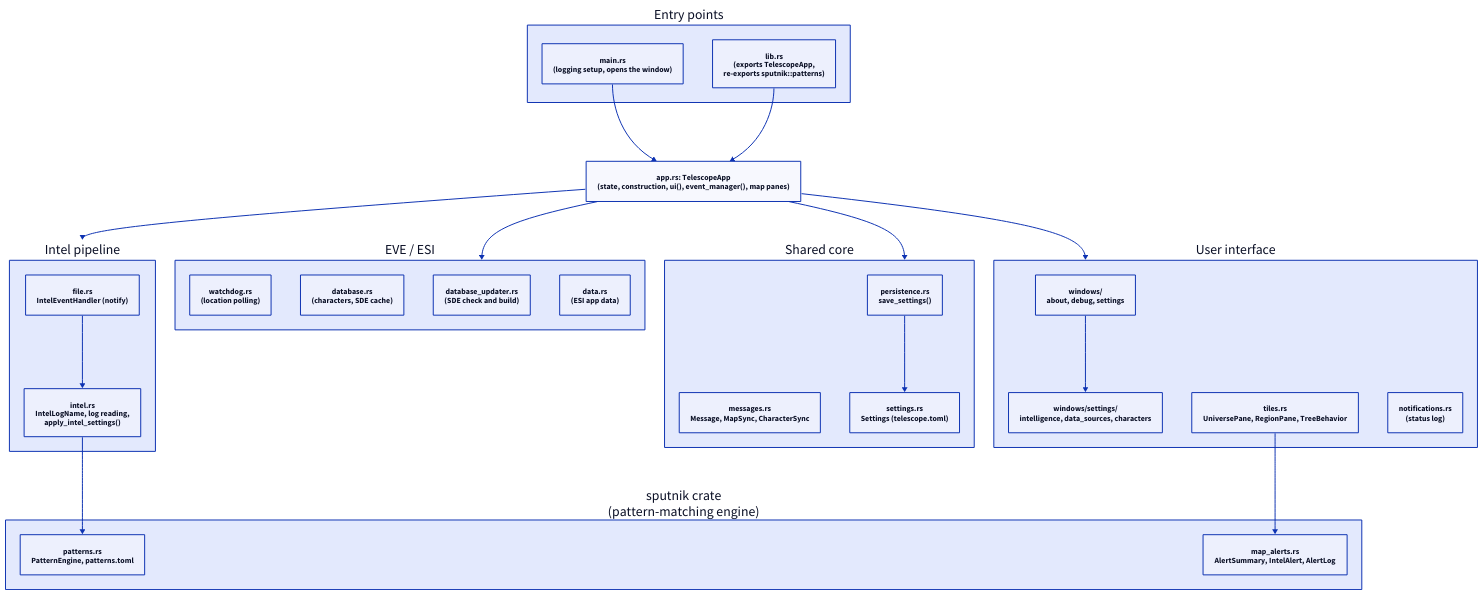
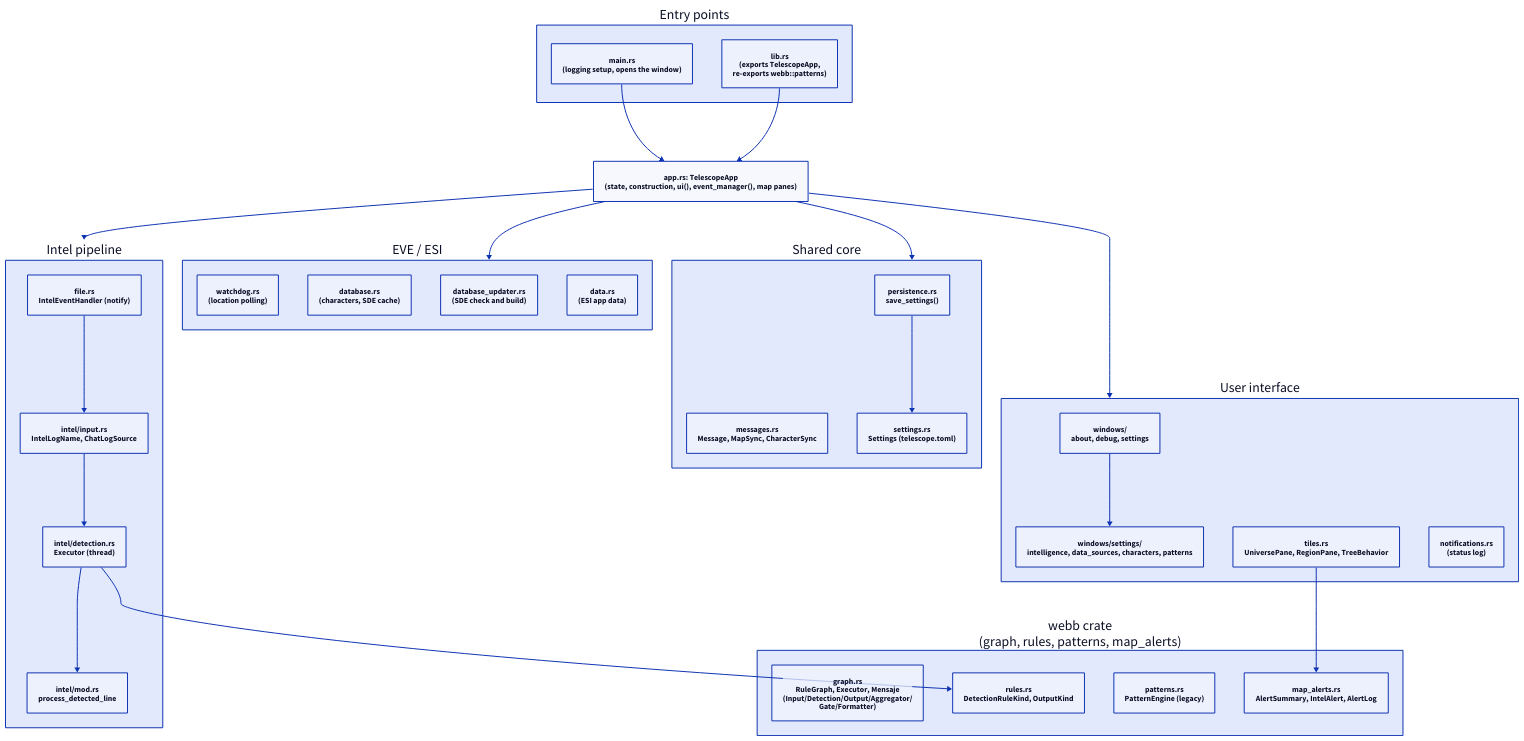
Before and after one commit to rafaga/telescope: the diagram in docs/architecture/modules.d2, drawn with D2. The commit also changed 116 other files, not shown here.

First line of the commit message:
Rules graph engine, threaded intel pipeline, redesigned Settings, encrypted player DB and tests (#7)

```diff
--- a/docs/architecture/modules.d2
+++ b/docs/architecture/modules.d2
@@ -1,50 +1,56 @@
 direction: down
 
 entry: "Entry points" {
   main: "main.rs\n(logging setup, opens the window)"
-  lib: "lib.rs\n(exports TelescopeApp,\nre-exports sputnik::patterns)"
+  lib: "lib.rs\n(exports TelescopeApp,\nre-exports webb::patterns)"
 }
 
 app: "app.rs: TelescopeApp\n(state, construction, ui(), event_manager(), map panes)"
 
 ui: "User interface" {
   windows: "windows/\nabout, debug, settings"
-  pages: "windows/settings/\nintelligence, data_sources, characters"
+  pages: "windows/settings/\nintelligence, data_sources, characters, patterns"
   tiles: "tiles.rs\nUniversePane, RegionPane, TreeBehavior"
   notifications: "notifications.rs\n(status log)"
   windows -> pages
 }
 
 intel: "Intel pipeline" {
   file: "file.rs\nIntelEventHandler (notify)"
-  reader: "intel.rs\nIntelLogName, log reading,\napply_intel_settings()"
-  file -> reader
+  input: "intel/input.rs\nIntelLogName, ChatLogSource"
+  detection: "intel/detection.rs\nExecutor (thread)"
+  process: "intel/mod.rs\nprocess_detected_line"
+  file -> input
+  input -> detection
+  detection -> process
 }
 
-sputnik: "sputnik crate\n(pattern-matching engine)" {
-  patterns: "patterns.rs\nPatternEngine, patterns.toml"
+webb: "webb crate\n(graph, rules, patterns, map_alerts)" {
+  graph: "graph.rs\nRuleGraph, Executor, Mensaje\n(Input/Detection/Output/Aggregator/\nGate/Formatter)"
+  rules: "rules.rs\nDetectionRuleKind, OutputKind"
+  patterns: "patterns.rs\nPatternEngine (legacy)"
   map_alerts: "map_alerts.rs\nAlertSummary, IntelAlert, AlertLog"
 }
 
 eve: "EVE / ESI" {
   watchdog: "watchdog.rs\n(location polling)"
   database: "database.rs\n(characters, SDE cache)"
   updater: "database_updater.rs\n(SDE check and build)"
   data: "data.rs\n(ESI app data)"
 }
 
 core: "Shared core" {
   messages: "messages.rs\nMessage, MapSync, CharacterSync"
   settings: "settings.rs\nSettings (telescope.toml)"
   persistence: "persistence.rs\nsave_settings()"
   persistence -> settings
 }
 
 entry.main -> app
 entry.lib -> app
 app -> ui
 app -> intel
 app -> eve
 app -> core
-intel.reader -> sputnik.patterns
-ui.tiles -> sputnik.map_alerts
+intel.detection -> webb.rules
+ui.tiles -> webb.map_alerts
```
